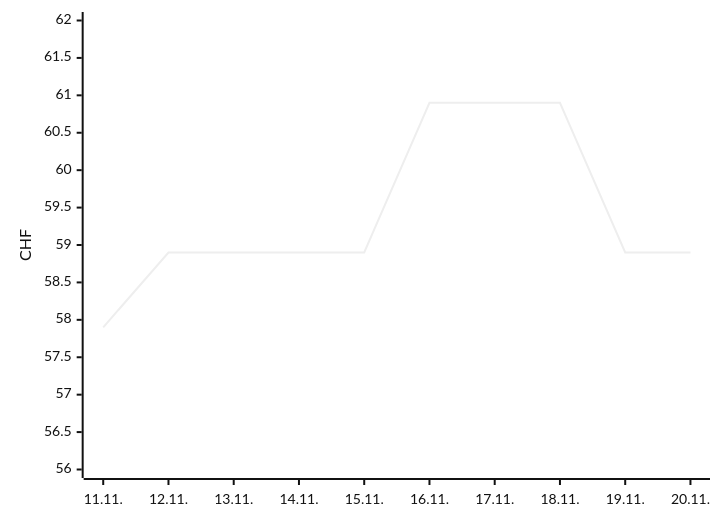
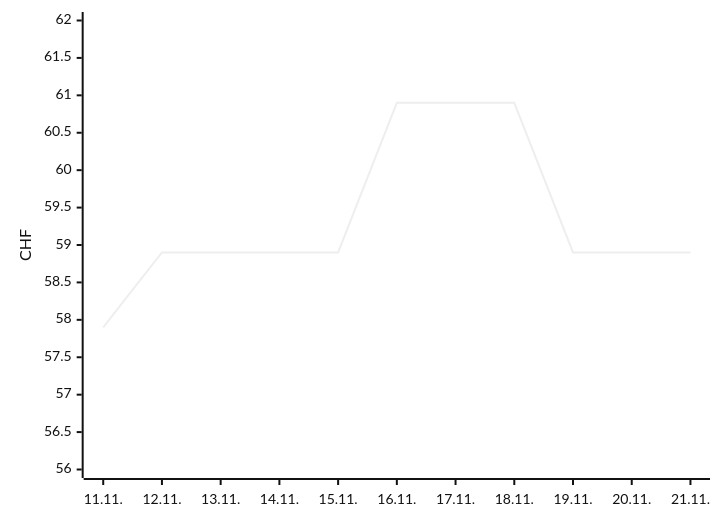
One commit to Akira2828/my-Galaxus-MCP changed the second of 2 diagrams in README.md. Above: the diagram before and after it, drawn with Mermaid (neutral theme). The commit also changed other lines of this file and 1 other file, not shown here.

````diff
--- a/README.md
+++ b/README.md
@@ -25,6 +25,6 @@
 ```mermaid
 xychart-beta
-  x-axis ["11.11.", "12.11.", "13.11.", "14.11.", "15.11.", "16.11.", "17.11.", "18.11.", "19.11.", "20.11."]
+  x-axis ["11.11.", "12.11.", "13.11.", "14.11.", "15.11.", "16.11.", "17.11.", "18.11.", "19.11.", "20.11.", "21.11."]
   y-axis "CHF" 56 --> 62
-  line [57.9, 58.9, 58.9, 58.9, 58.9, 60.9, 60.9, 60.9, 58.9, 58.9]
+  line [57.9, 58.9, 58.9, 58.9, 58.9, 60.9, 60.9, 60.9, 58.9, 58.9, 58.9]
 ```
````
